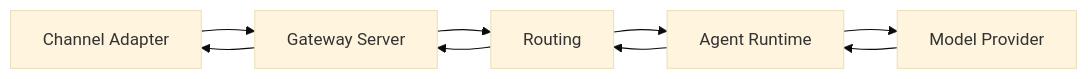
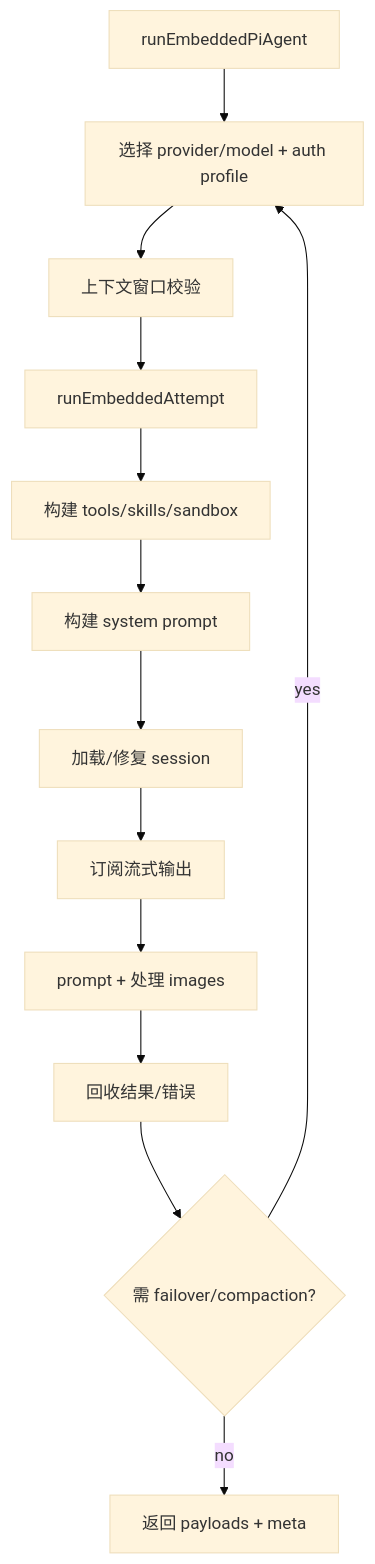
One commit to NEDONION/openclaw changed the sixth of 6 diagrams in notes/core_flows.md. Above: the diagram before and after it, drawn with Mermaid (base theme). The commit also changed other lines of this file and 5 other files, not shown here.

````diff
--- a/notes/core_flows.md
+++ b/notes/core_flows.md
@@ -42,11 +104,15 @@
 ```mermaid
-flowchart LR
-  A[Channel Adapter] --> B[Gateway Server]
-  B --> C[Routing]
-  C --> D[Agent Runtime]
-  D --> E[Model Provider]
-  E --> D
-  D --> C
-  C --> B
-  B --> A
+flowchart TD
+  A[runEmbeddedPiAgent] --> B[选择 provider/model + auth profile]
+  B --> C[上下文窗口校验]
+  C --> D[runEmbeddedAttempt]
+  D --> E[构建 tools/skills/sandbox]
+  E --> F[构建 system prompt]
+  F --> G[加载/修复 session]
+  G --> H[订阅流式输出]
+  H --> I[prompt + 处理 images]
+  I --> J[回收结果/错误]
+  J --> K{需 failover/compaction?}
+  K -->|yes| B
+  K -->|no| L[返回 payloads + meta]
 ```
````
